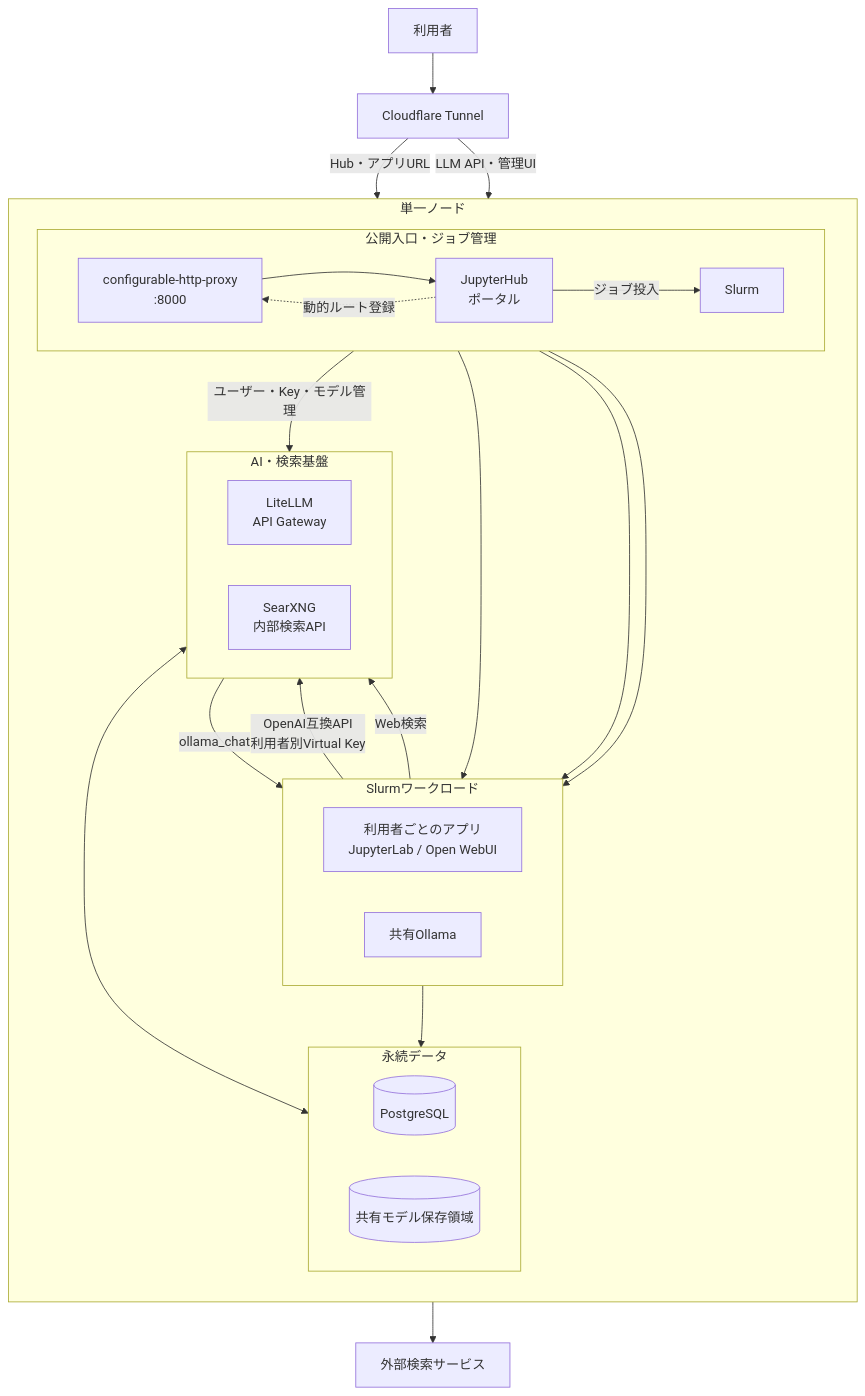
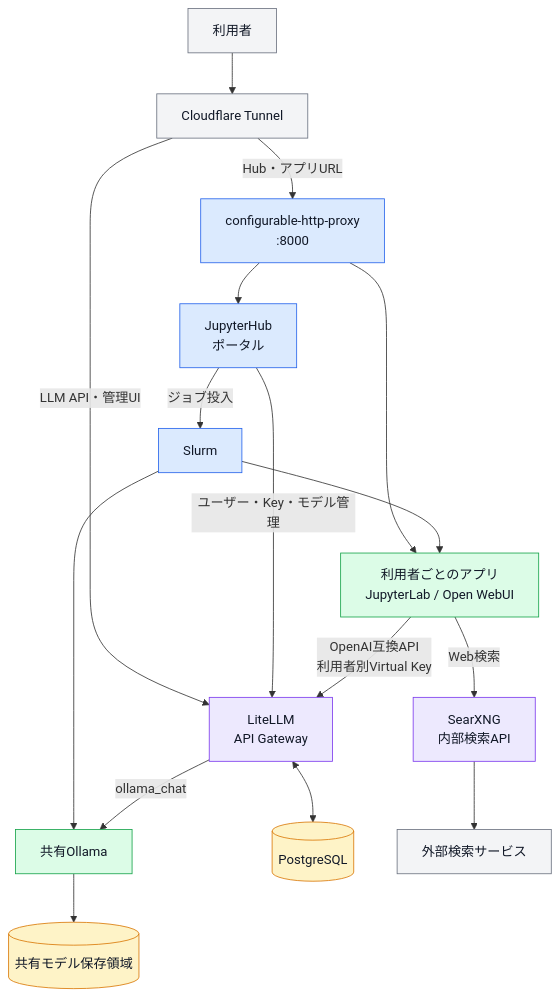
The first of 2 diagrams in README.md (koichi2426/HPC-portal), drawn with Mermaid before and after one commit. The commit also changed 1 other file, not shown here.

Commit message:
[docs] システム構成図のGitHub表示を改善した

````diff
--- a/README.md
+++ b/README.md
@@ -23,48 +23,40 @@
 ```mermaid
 flowchart TB
     User[利用者] --> CF[Cloudflare Tunnel]
-
-    subgraph Host[単一ノード]
-        direction TB
-
-        subgraph Control[公開入口・ジョブ管理]
-            direction LR
-            Proxy[configurable-http-proxy<br/>:8000]
-            JHub[JupyterHub<br/>ポータル]
-            Slurm[Slurm]
-        end
-
-        subgraph Workloads[Slurmワークロード]
-            direction LR
-            Apps[利用者ごとのアプリ<br/>JupyterLab / Open WebUI]
-            Ollama[共有Ollama]
-        end
-
-        subgraph Internal[AI・検索基盤]
-            direction LR
-            LiteLLM[LiteLLM<br/>API Gateway]
-            SearXNG[SearXNG<br/>内部検索API]
-        end
-
-        subgraph Data[永続データ]
-            direction LR
-            DB[(PostgreSQL)]
-            Models[(共有モデル保存領域)]
-        end
-    end
+    Proxy[configurable-http-proxy<br/>:8000]
+    JHub[JupyterHub<br/>ポータル]
+    Slurm[Slurm]
+    Apps[利用者ごとのアプリ<br/>JupyterLab / Open WebUI]
+    LiteLLM[LiteLLM<br/>API Gateway]
+    SearXNG[SearXNG<br/>内部検索API]
+    Ollama[共有Ollama]
+    DB[(PostgreSQL)]
+    Models[(共有モデル保存領域)]
+    Search[外部検索サービス]
 
     CF -->|Hub・アプリURL| Proxy
     CF -->|LLM API・管理UI| LiteLLM
     Proxy --> JHub
     Proxy --> Apps
-    JHub -.->|動的ルート登録| Proxy
     JHub -->|ジョブ投入| Slurm
-    Slurm --> Apps & Ollama
+    Slurm --> Apps
+    Slurm --> Ollama
     JHub -->|ユーザー・Key・モデル管理| LiteLLM
     Apps -->|OpenAI互換API<br/>利用者別Virtual Key| LiteLLM
     Apps -->|Web検索| SearXNG
     LiteLLM <--> DB
     LiteLLM -->|ollama_chat| Ollama
     Ollama --> Models
-    SearXNG --> Search[外部検索サービス]
+    SearXNG --> Search
+
+    classDef external fill:#f3f4f6,stroke:#6b7280,color:#111827
+    classDef control fill:#dbeafe,stroke:#2563eb,color:#111827
+    classDef workload fill:#dcfce7,stroke:#16a34a,color:#111827
+    classDef service fill:#ede9fe,stroke:#7c3aed,color:#111827
+    classDef data fill:#fef3c7,stroke:#d97706,color:#111827
+    class User,CF,Search external
+    class Proxy,JHub,Slurm control
+    class Apps,Ollama workload
+    class LiteLLM,SearXNG service
+    class DB,Models data
 ```
````
